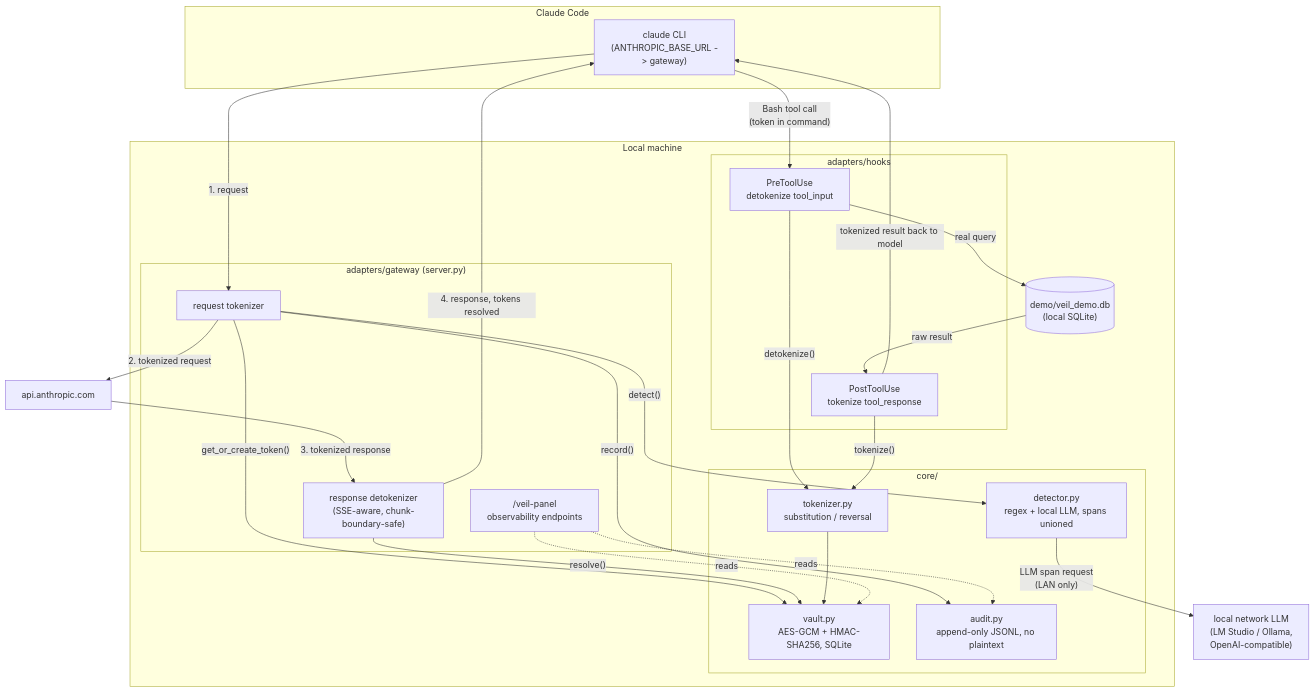
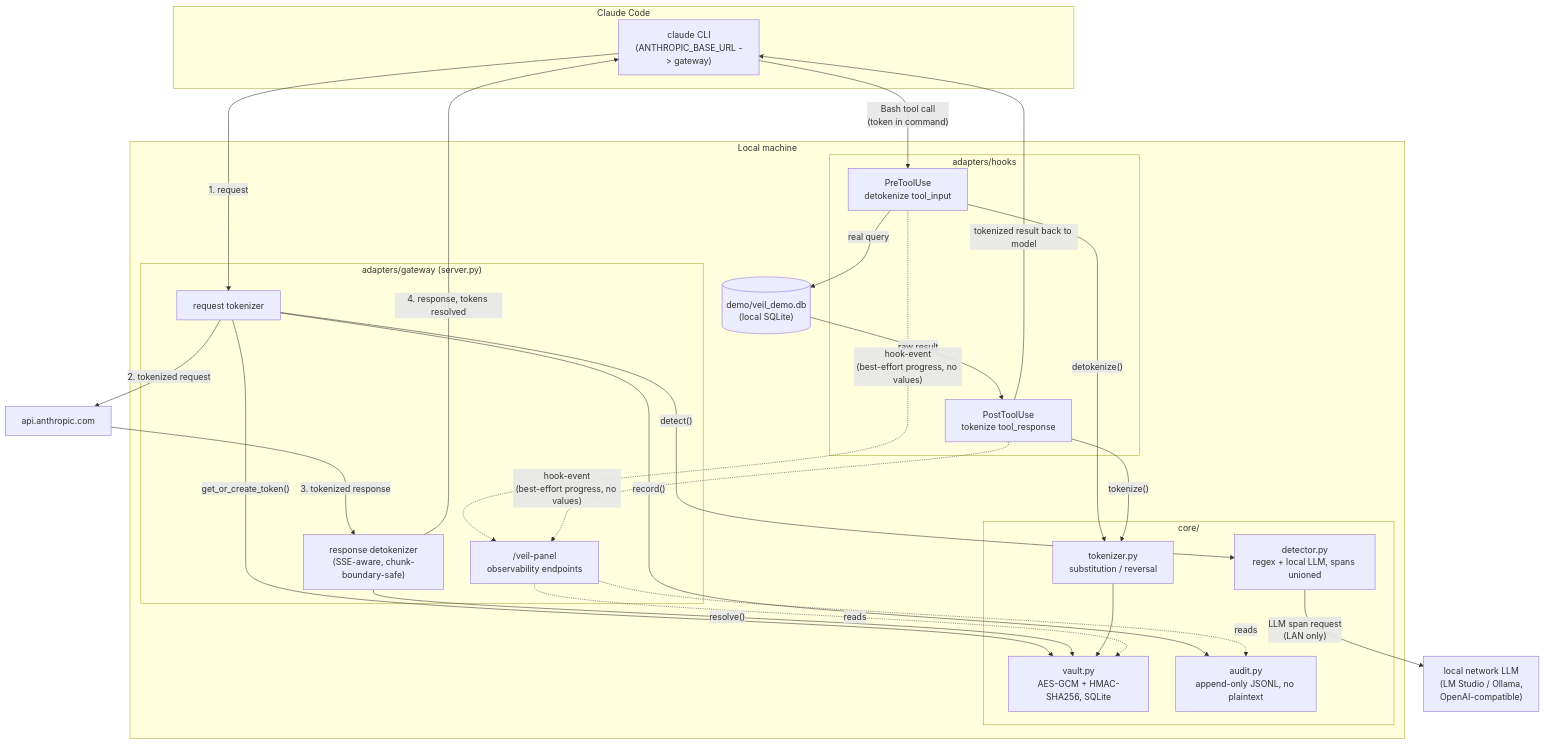
The first of 2 diagrams in README.md (alfonsobachot/veil-pii-middleware), drawn with Mermaid before and after one commit. The commit also changed other lines of this file and 13 other files, not shown here.

First line of the commit message:
feat: group the observability panel by turn and surface live hook progress

````diff
--- a/README.md
+++ b/README.md
@@ -96,52 +96,54 @@
 ```mermaid
 flowchart TB
     subgraph client["Claude Code"]
         CC["claude CLI\n(ANTHROPIC_BASE_URL -> gateway)"]
     end
 
     subgraph machine["Local machine"]
         subgraph gw["adapters/gateway (server.py)"]
             GWREQ["request tokenizer"]
             GWRES["response detokenizer\n(SSE-aware, chunk-boundary-safe)"]
             PANEL["/veil-panel\nobservability endpoints"]
         end
 
         subgraph hooks["adapters/hooks"]
             PRE["PreToolUse\ndetokenize tool_input"]
             POST["PostToolUse\ntokenize tool_response"]
         end
 
         subgraph core["core/"]
             DET["detector.py\nregex + local LLM, spans unioned"]
             TOK["tokenizer.py\nsubstitution / reversal"]
             VAULT["vault.py\nAES-GCM + HMAC-SHA256, SQLite"]
             AUDIT["audit.py\nappend-only JSONL, no plaintext"]
         end
 
         DB[("demo/veil_demo.db\n(local SQLite)")]
     end
 
     LLM["local network LLM\n(LM Studio / Ollama,\nOpenAI-compatible)"]
     API["api.anthropic.com"]
 
     CC -- "1. request" --> GWREQ
     GWREQ -- "detect()" --> DET
     DET -- "LLM span request\n(LAN only)" --> LLM
     GWREQ -- "get_or_create_token()" --> VAULT
     GWREQ -- "record()" --> AUDIT
     GWREQ -- "2. tokenized request" --> API
     API -- "3. tokenized response" --> GWRES
     GWRES -- "resolve()" --> VAULT
     GWRES -- "4. response, tokens resolved" --> CC
 
     CC -- "Bash tool call\n(token in command)" --> PRE
     PRE -- "detokenize()" --> TOK
     TOK --> VAULT
     PRE -- "real query" --> DB
     DB -- "raw result" --> POST
     POST -- "tokenize()" --> TOK
     POST -- "tokenized result back to model" --> CC
 
     PANEL -.->|reads| AUDIT
     PANEL -.->|reads| VAULT
+    PRE -.->|"hook-event\n(best-effort progress, no values)"| PANEL
+    POST -.->|"hook-event\n(best-effort progress, no values)"| PANEL
 ```
````
